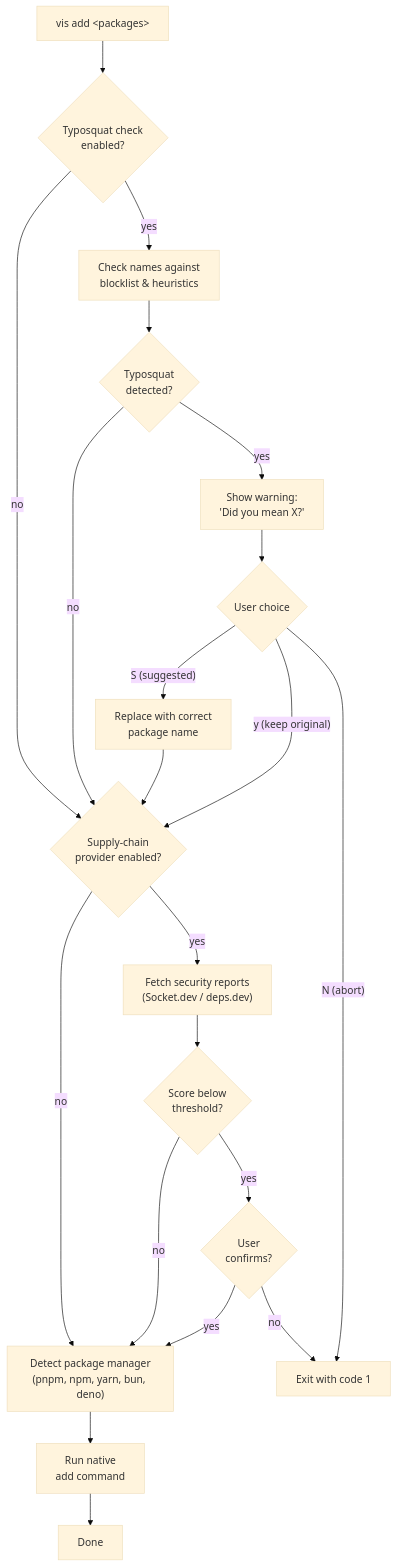
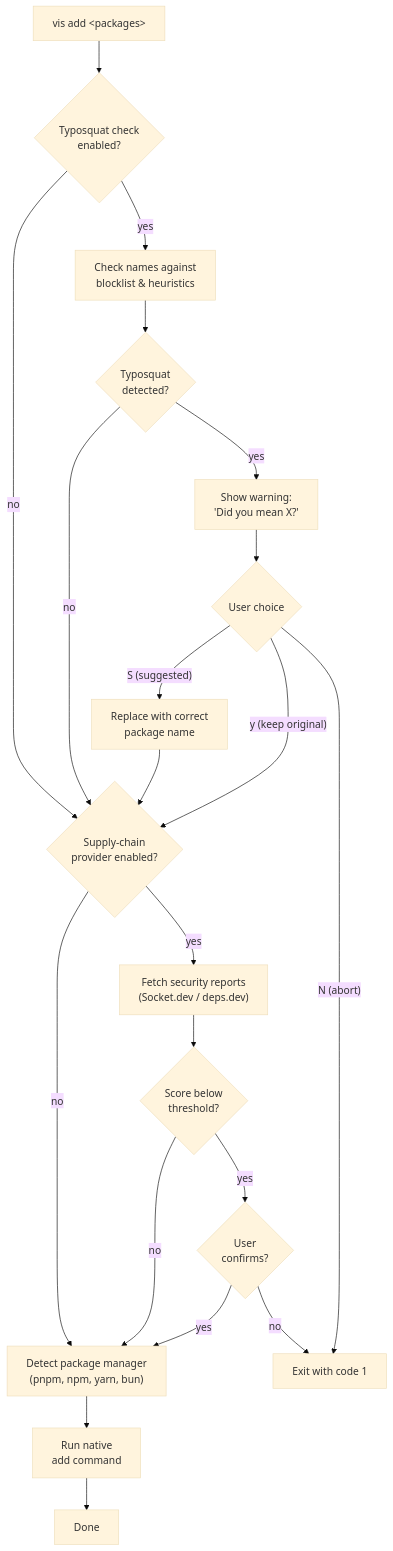
Before and after one commit to visulima/vis: the diagram in packages/tooling/vis/docs/commands/add.mdx, drawn with Mermaid (base theme). The commit also changed other lines of this file and 102 other files, not shown here.

````diff
--- a/packages/tooling/vis/docs/commands/add.mdx
+++ b/packages/tooling/vis/docs/commands/add.mdx
@@ -62,23 +62,23 @@
 ```mermaid
 flowchart TD
     A["vis add &lt;packages&gt;"] --> B{Typosquat check\nenabled?}
     B -- no --> E
     B -- yes --> C["Check names against\nblocklist & heuristics"]
     C --> D{Typosquat\ndetected?}
     D -- no --> E{Supply-chain\nprovider enabled?}
     D -- yes --> P["Show warning:\n'Did you mean X?'"]
     P --> Q{User choice}
     Q -- "S (suggested)" --> R["Replace with correct\npackage name"]
     R --> E
     Q -- "y (keep original)" --> E
     Q -- "N (abort)" --> Z["Exit with code 1"]
     E -- no --> G
     E -- yes --> F["Fetch security reports\n(Socket.dev / deps.dev)"]
     F --> H{Score below\nthreshold?}
-    H -- no --> G["Detect package manager\n(pnpm, npm, yarn, bun, deno)"]
+    H -- no --> G["Detect package manager\n(pnpm, npm, yarn, bun)"]
     H -- yes --> I{User\nconfirms?}
     I -- yes --> G
     I -- no --> Z
     G --> J["Run native\nadd command"]
     J --> K["Done"]
 ```
````
